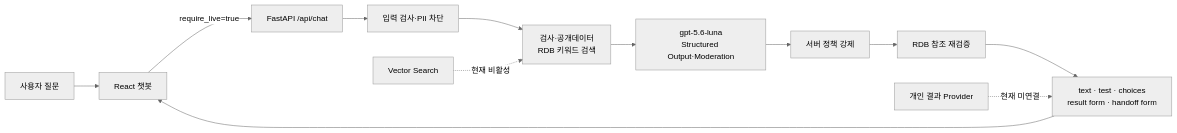
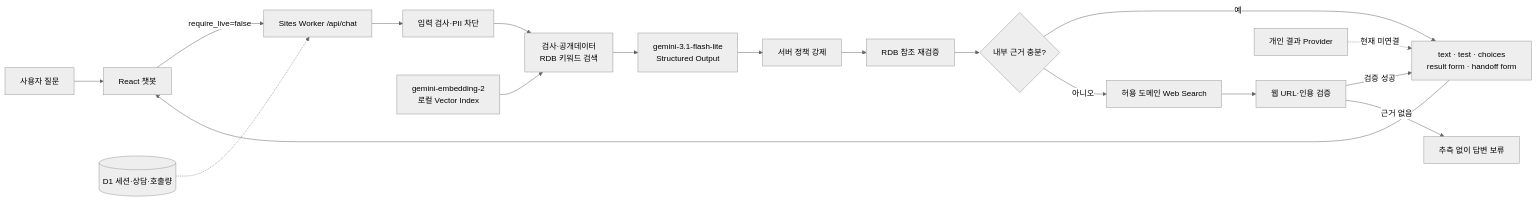
The diagram in README.md (choichanwoo001/scl_chatbot), drawn with Mermaid (neutral theme) before and after one commit. The commit also changed other lines of this file and 60 other files, not shown here.

Commit message:
feat: Gemini 기반 챗봇 검색과 Sites 배포 경로 추가

````diff
--- a/README.md
+++ b/README.md
@@ -40,14 +41,20 @@
 ```mermaid
 flowchart LR
     U[사용자 질문] --> F[React 챗봇]
-    F -->|require_live=true| A[FastAPI /api/chat]
+    F -->|require_live=false| A[Sites Worker /api/chat]
     A --> G[입력 검사·PII 차단]
     G --> R[검사·공개데이터<br/>RDB 키워드 검색]
-    V[Vector Search] -. 현재 비활성 .-> R
-    R --> M[gpt-5.6-luna<br/>Structured Output·Moderation]
+    V[gemini-embedding-2<br/>로컬 Vector Index] --> R
+    R --> M[gemini-3.1-flash-lite<br/>Structured Output]
     M --> P[서버 정책 강제]
     P --> T[RDB 참조 재검증]
-    T --> O[text · test · choices<br/>result form · handoff form]
+    T --> E{내부 근거 충분?}
+    E -->|예| O[text · test · choices<br/>result form · handoff form]
+    E -->|아니오| W[허용 도메인 Web Search]
+    W --> C[웹 URL·인용 검증]
+    C -->|검증 성공| O
+    C -->|근거 없음| N[추측 없이 답변 보류]
+    D[(D1 세션·상담·호출량)] -.-> A
     X[개인 결과 Provider] -. 현재 미연결 .-> O
     O --> F
 ```
````
